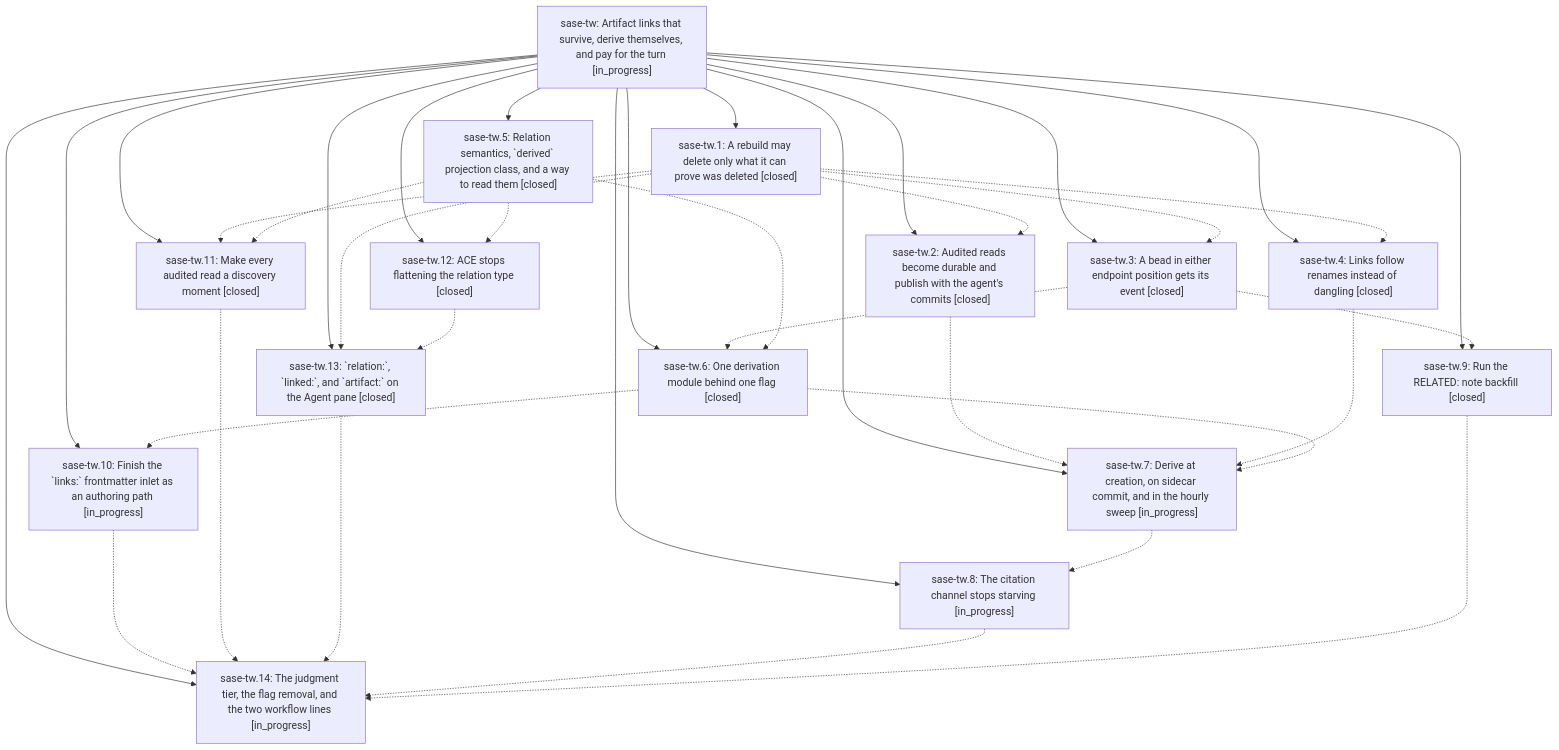
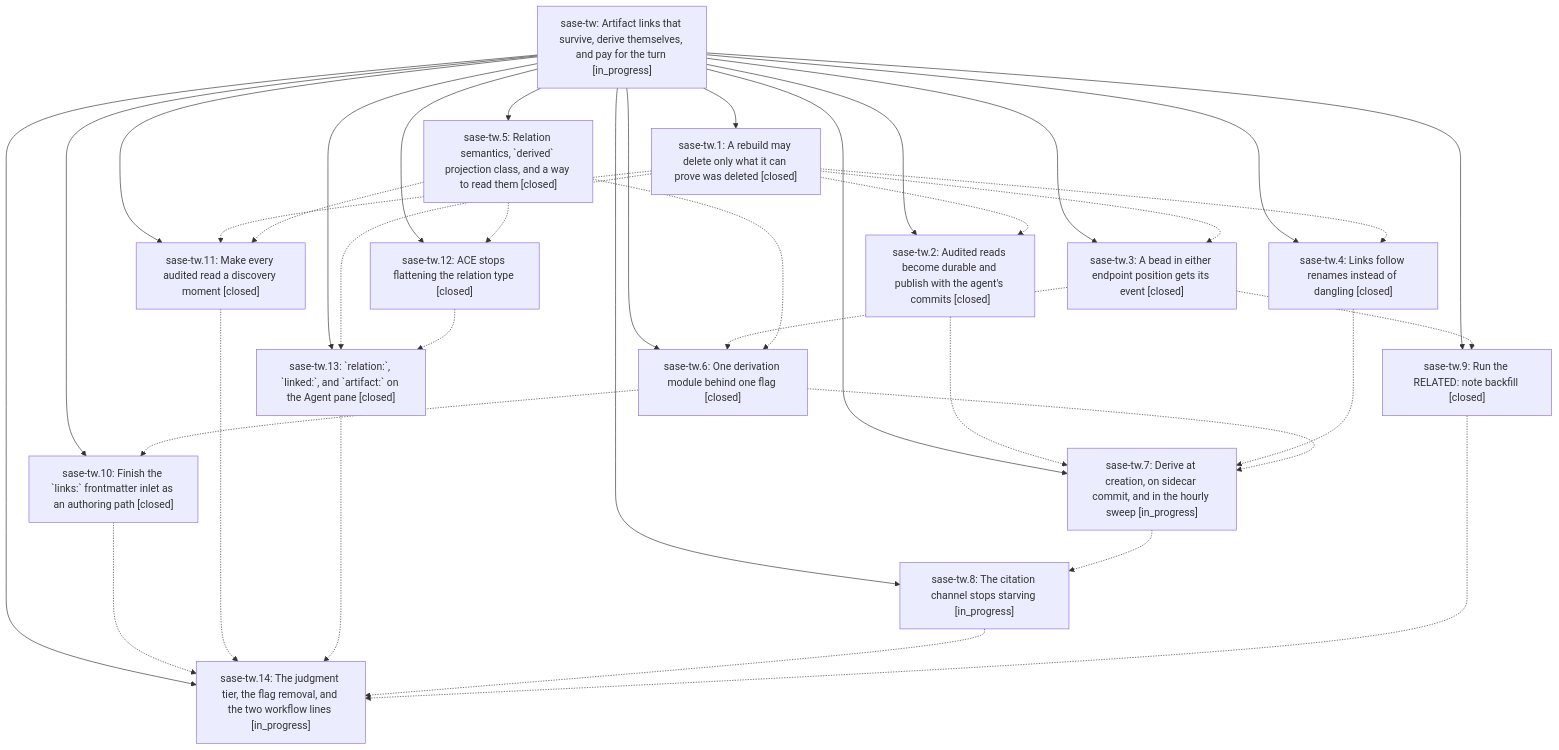
The diagram in pages/sase-tw/README.md (sase-org/sase--beads), drawn with Mermaid before and after one commit. The commit also changed other lines of this file and 1 other file, not shown here.

First line of the commit message:
chore(beads): sync bead state and pages for sase-tw

````diff
--- a/pages/sase-tw/README.md
+++ b/pages/sase-tw/README.md
@@ -76,53 +76,53 @@
 ```mermaid
 flowchart TD
     n0["sase-tw: Artifact links that survive, derive themselves, and pay for the turn [in_progress]"]
     n1["sase-tw.1: A rebuild may delete only what it can prove was deleted [closed]"]
-    n2["sase-tw.10: Finish the `links:` frontmatter inlet as an authoring path [in_progress]"]
+    n2["sase-tw.10: Finish the `links:` frontmatter inlet as an authoring path [closed]"]
     n3["sase-tw.11: Make every audited read a discovery moment [closed]"]
     n4["sase-tw.12: ACE stops flattening the relation type [closed]"]
     n5["sase-tw.13: `relation:`, `linked:`, and `artifact:` on the Agent pane [closed]"]
     n6["sase-tw.14: The judgment tier, the flag removal, and the two workflow lines [in_progress]"]
     n7["sase-tw.2: Audited reads become durable and publish with the agent's commits [closed]"]
     n8["sase-tw.3: A bead in either endpoint position gets its event [closed]"]
     n9["sase-tw.4: Links follow renames instead of dangling [closed]"]
     n10["sase-tw.5: Relation semantics, `derived` projection class, and a way to read them [closed]"]
     n11["sase-tw.6: One derivation module behind one flag [closed]"]
     n12["sase-tw.7: Derive at creation, on sidecar commit, and in the hourly sweep [in_progress]"]
     n13["sase-tw.8: The citation channel stops starving [in_progress]"]
     n14["sase-tw.9: Run the RELATED: note backfill [closed]"]
     n0 --> n1
     n0 --> n2
     n0 --> n3
     n0 --> n4
     n0 --> n5
     n0 --> n6
     n0 --> n7
     n0 --> n8
     n0 --> n9
     n0 --> n10
     n0 --> n11
     n0 --> n12
     n0 --> n13
     n0 --> n14
     n1 -.-> n3
     n1 -.-> n5
     n1 -.-> n7
     n1 -.-> n8
     n1 -.-> n9
     n2 -.-> n6
     n3 -.-> n6
     n4 -.-> n5
     n5 -.-> n6
     n7 -.-> n12
     n8 -.-> n11
     n8 -.-> n14
     n9 -.-> n12
     n10 -.-> n3
     n10 -.-> n4
     n10 -.-> n11
     n11 -.-> n2
     n11 -.-> n12
     n12 -.-> n13
     n13 -.-> n6
     n14 -.-> n6
 ```
````
